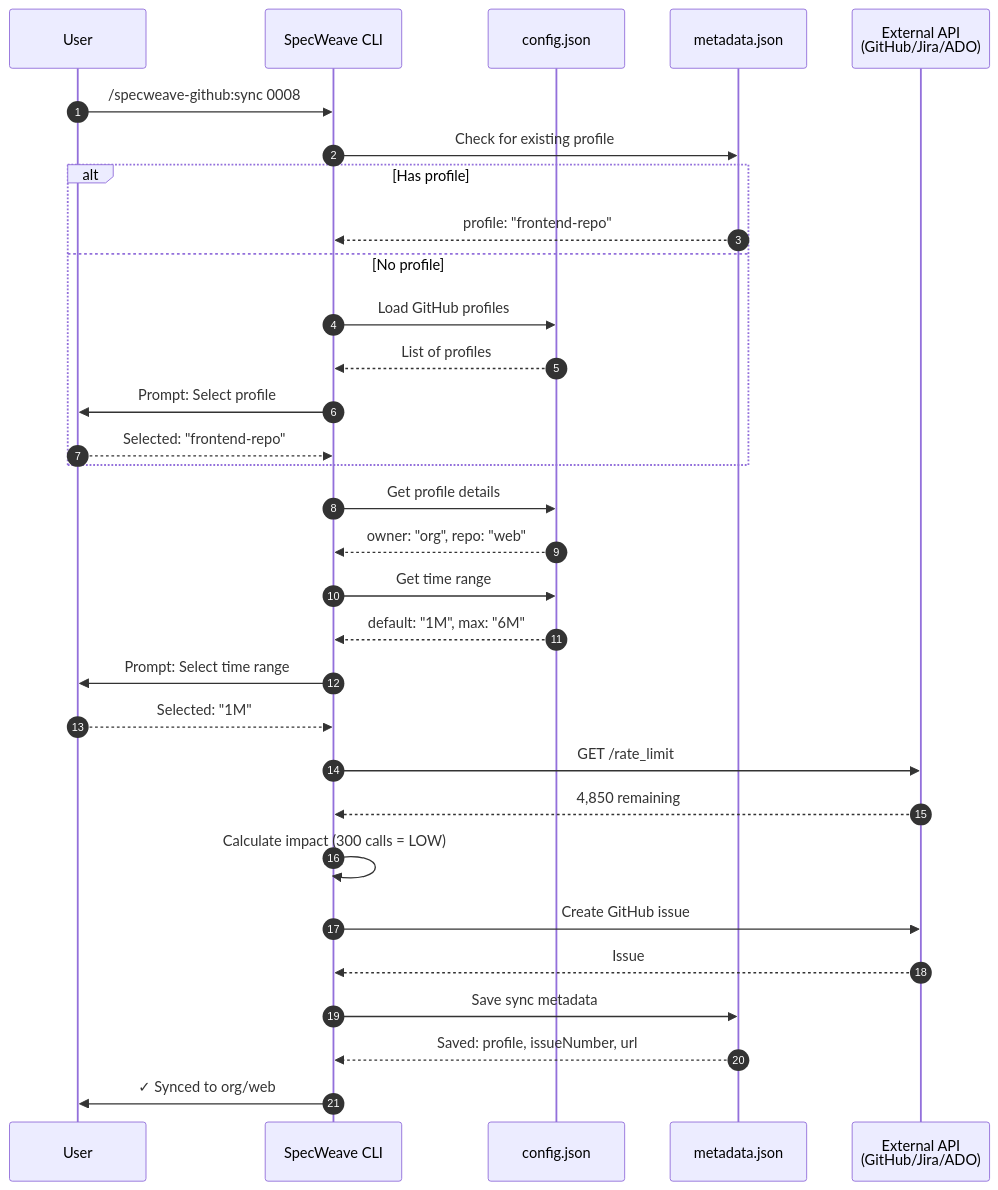
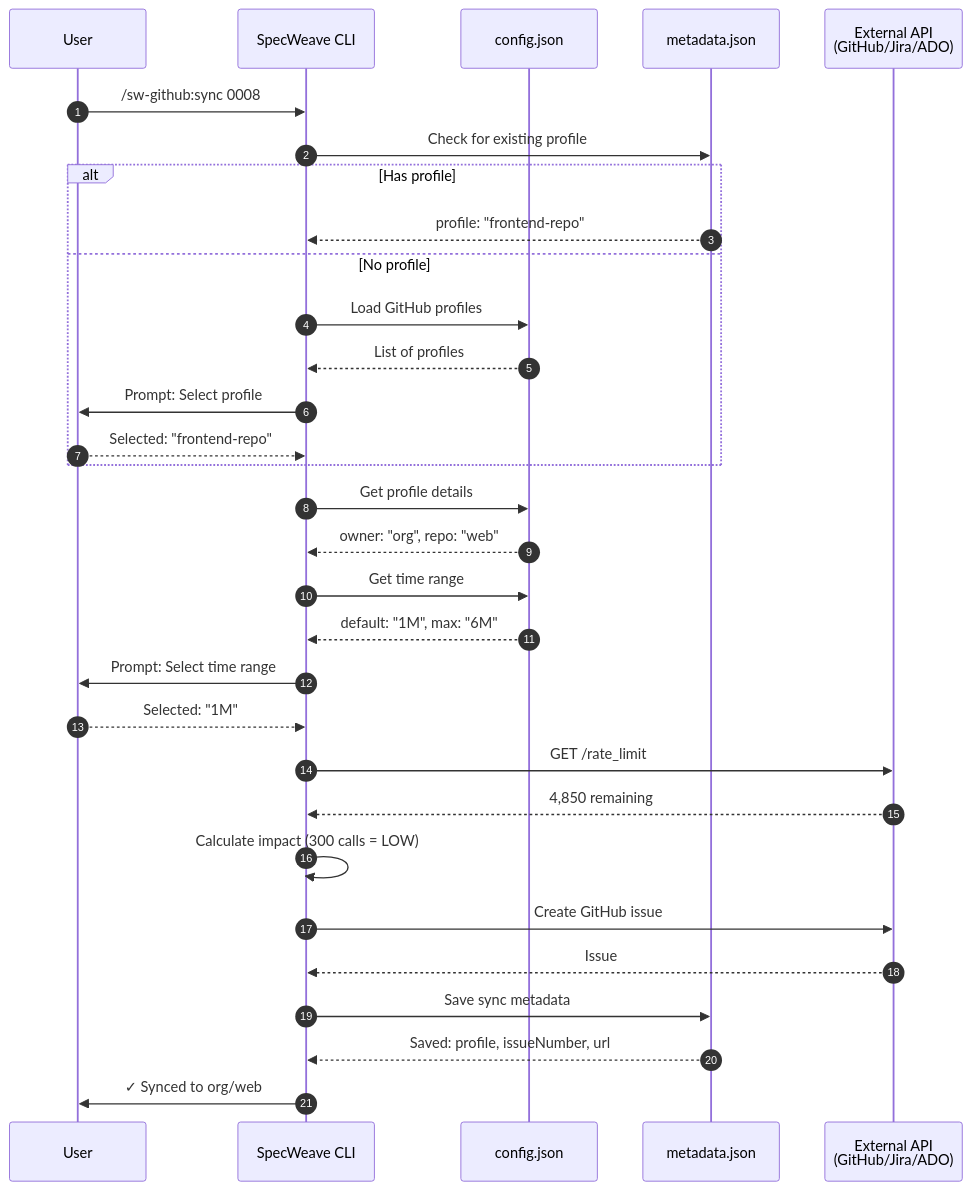
One commit to anton-abyzov/specweave changed the ninth of 10 diagrams in docs-site/docs/guides/multi-project-sync-architecture.md. Above: the diagram before and after it, drawn with Mermaid. The commit also changed other lines of this file and 116 other files, not shown here.

Commit message:
fix: polish docs after overhaul — fix broken sidebar refs, add diagrams, clean glossary

````diff
--- a/docs-site/docs/guides/multi-project-sync-architecture.md
+++ b/docs-site/docs/guides/multi-project-sync-architecture.md
@@ -946,44 +946,44 @@
 ```mermaid
 sequenceDiagram
     autonumber
 
     participant User
     participant CLI as SpecWeave CLI
     participant Config as config.json
     participant Meta as metadata.json
     participant API as External API<br/>(GitHub/Jira/ADO)
 
-    User->>CLI: /specweave-github:sync 0008
+    User->>CLI: /sw-github:sync 0008
 
     CLI->>Meta: Check for existing profile
     alt Has profile
         Meta-->>CLI: profile: "frontend-repo"
     else No profile
         CLI->>Config: Load GitHub profiles
         Config-->>CLI: List of profiles
         CLI->>User: Prompt: Select profile
         User-->>CLI: Selected: "frontend-repo"
     end
 
     CLI->>Config: Get profile details
     Config-->>CLI: owner: "org", repo: "web"
 
     CLI->>Config: Get time range
     Config-->>CLI: default: "1M", max: "6M"
 
     CLI->>User: Prompt: Select time range
     User-->>CLI: Selected: "1M"
 
     CLI->>API: GET /rate_limit
     API-->>CLI: 4,850 remaining
 
     CLI->>CLI: Calculate impact (300 calls = LOW)
 
     CLI->>API: Create GitHub issue
     API-->>CLI: Issue #42 created
 
     CLI->>Meta: Save sync metadata
     Meta-->>CLI: Saved: profile, issueNumber, url
 
     CLI->>User: ✓ Synced to org/web#42
 ```
````
